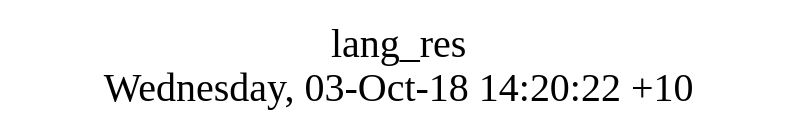
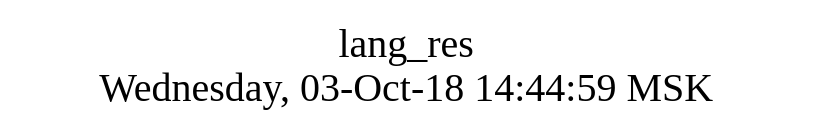
The diagram in src/lang_res/struct.dot (AplaProject/apps), drawn with Graphviz before and after one commit. The commit also changed 11 other files, not shown here.

```diff
--- a/src/lang_res/struct.dot
+++ b/src/lang_res/struct.dot
@@ -1,8 +1,10 @@
 digraph G {
-fontsize="24";
-label="lang_res\nWednesday, 03-Oct-18 14:20:22 +10";
-nojustify=true;
-ordering=out;
-rankdir=LR;
-size="30";
+graph [
+  fontsize="24";
+  label="lang_res\nWednesday, 03-Oct-18 14:44:59 MSK";
+  nojustify=true;
+  ordering=out;
+  rankdir=LR;
+  size="30";
+];
 }
```
